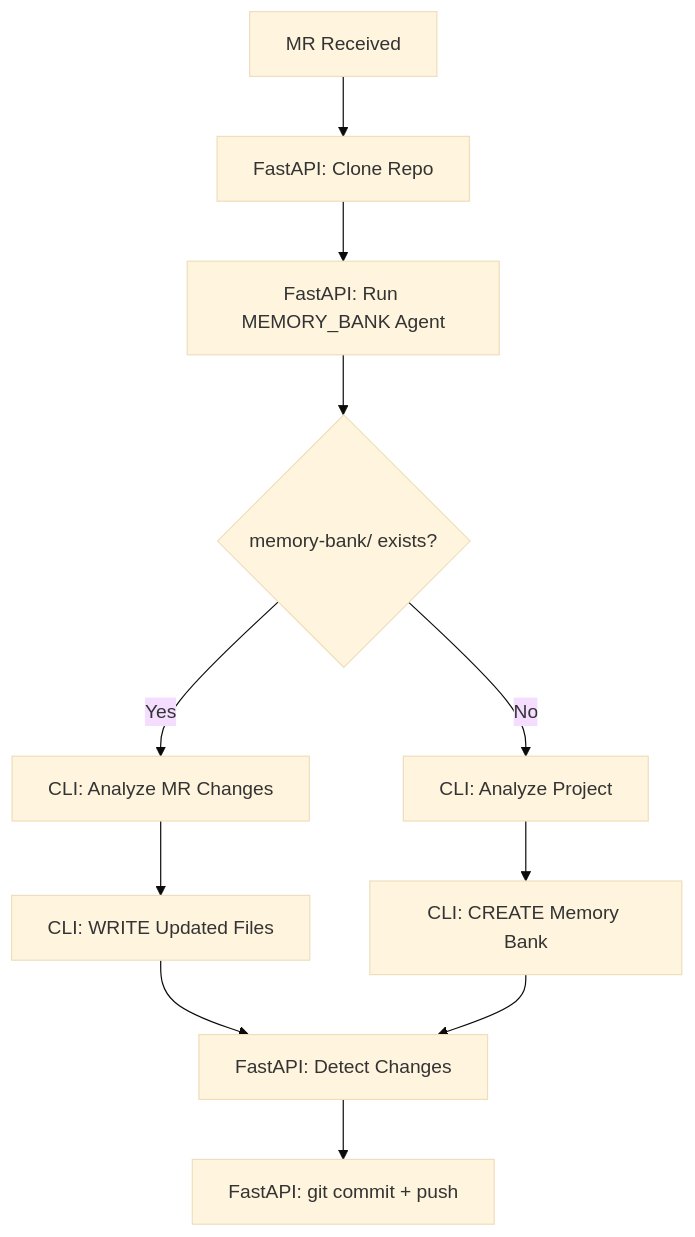
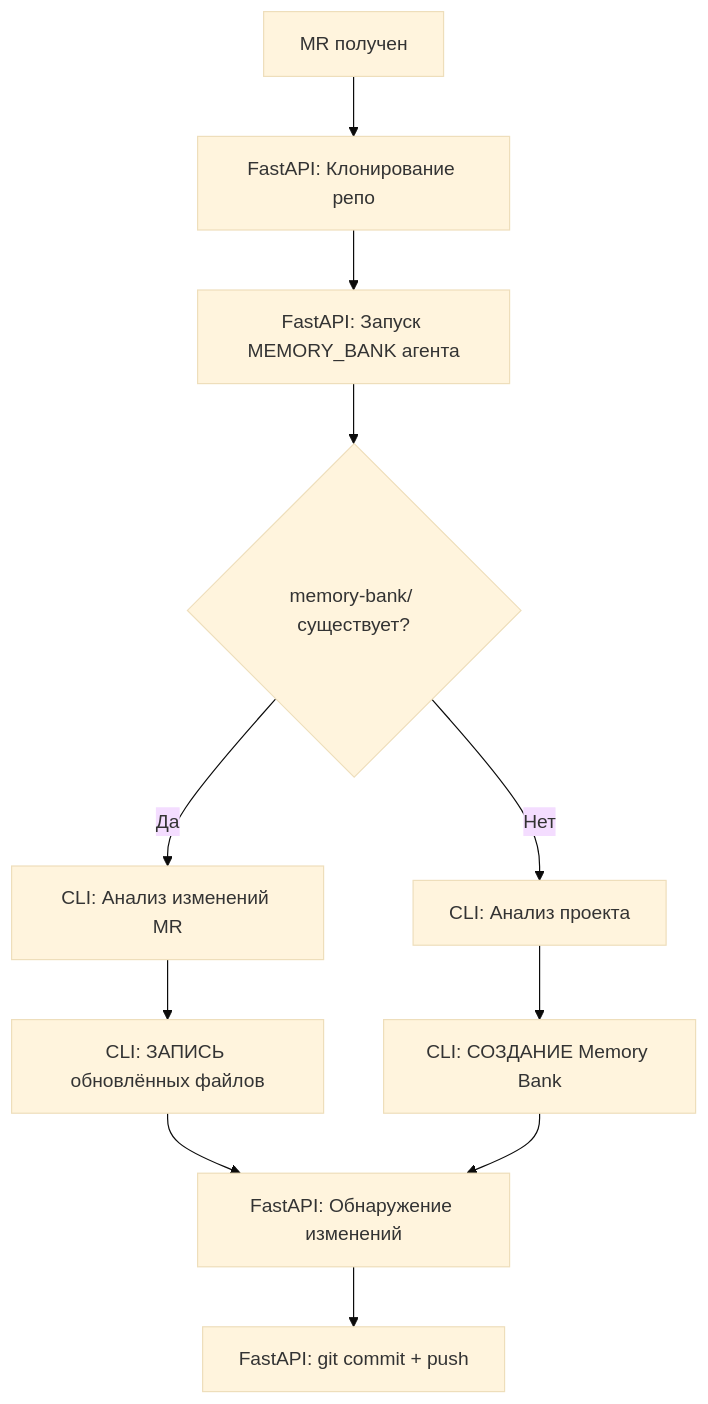
One commit to Manaszz/mrCliReview changed the diagram in docs/NEW_REVIEW_TYPES.md. Above: the diagram before and after it, drawn with Mermaid (base theme). The commit also changed other lines of this file and 6 other files, not shown here.

````diff
--- a/docs/NEW_REVIEW_TYPES.md
+++ b/docs/NEW_REVIEW_TYPES.md
@@ -303,15 +303,15 @@
 ```mermaid
 graph TB
-    A[MR Received] --> B[FastAPI: Clone Repo]
-    B --> C[FastAPI: Run MEMORY_BANK Agent]
-    C --> D{memory-bank/ exists?}
+    A[MR получен] --> B[FastAPI: Клонирование репо]
+    B --> C[FastAPI: Запуск MEMORY_BANK агента]
+    C --> D{memory-bank/ существует?}
     
-    D -->|Yes| E[CLI: Analyze MR Changes]
-    E --> F[CLI: WRITE Updated Files]
-    F --> G[FastAPI: Detect Changes]
+    D -->|Да| E[CLI: Анализ изменений MR]
+    E --> F[CLI: ЗАПИСЬ обновлённых файлов]
+    F --> G[FastAPI: Обнаружение изменений]
     G --> H[FastAPI: git commit + push]
     
-    D -->|No| I[CLI: Analyze Project]
-    I --> J[CLI: CREATE Memory Bank]
+    D -->|Нет| I[CLI: Анализ проекта]
+    I --> J[CLI: СОЗДАНИЕ Memory Bank]
     J --> G
 ```
````
